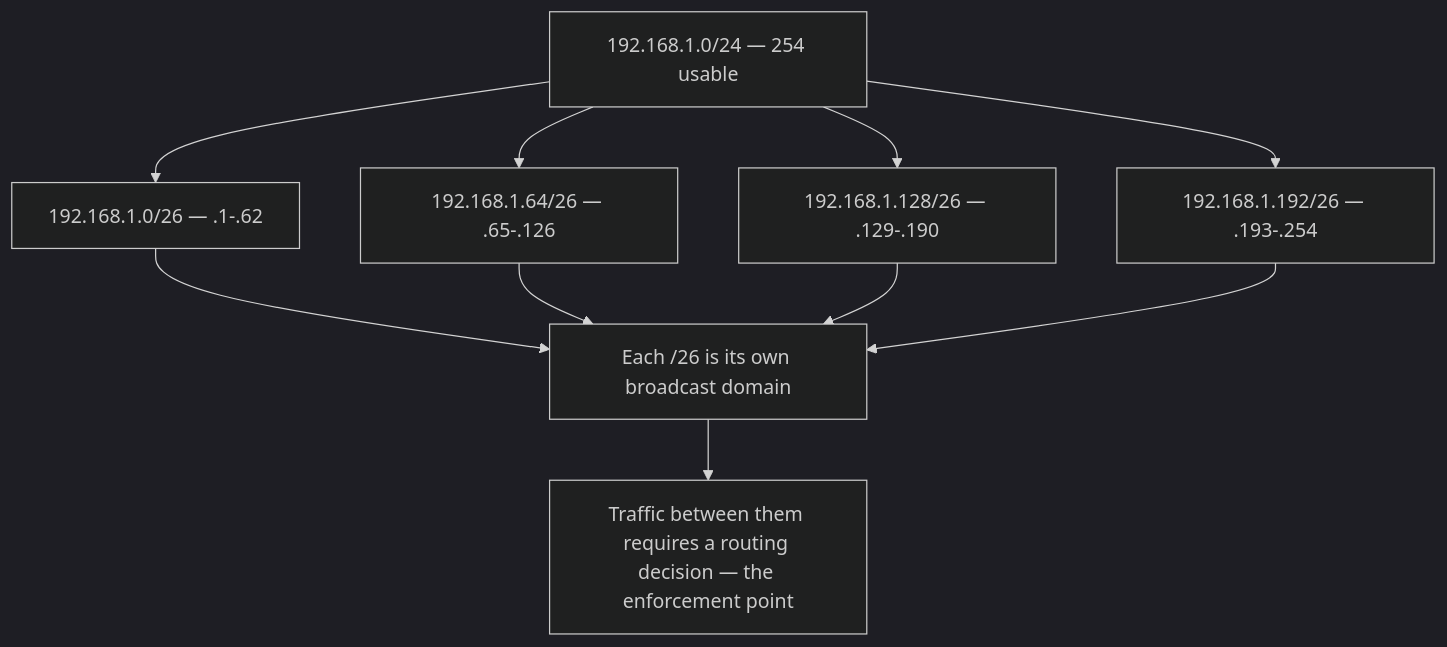
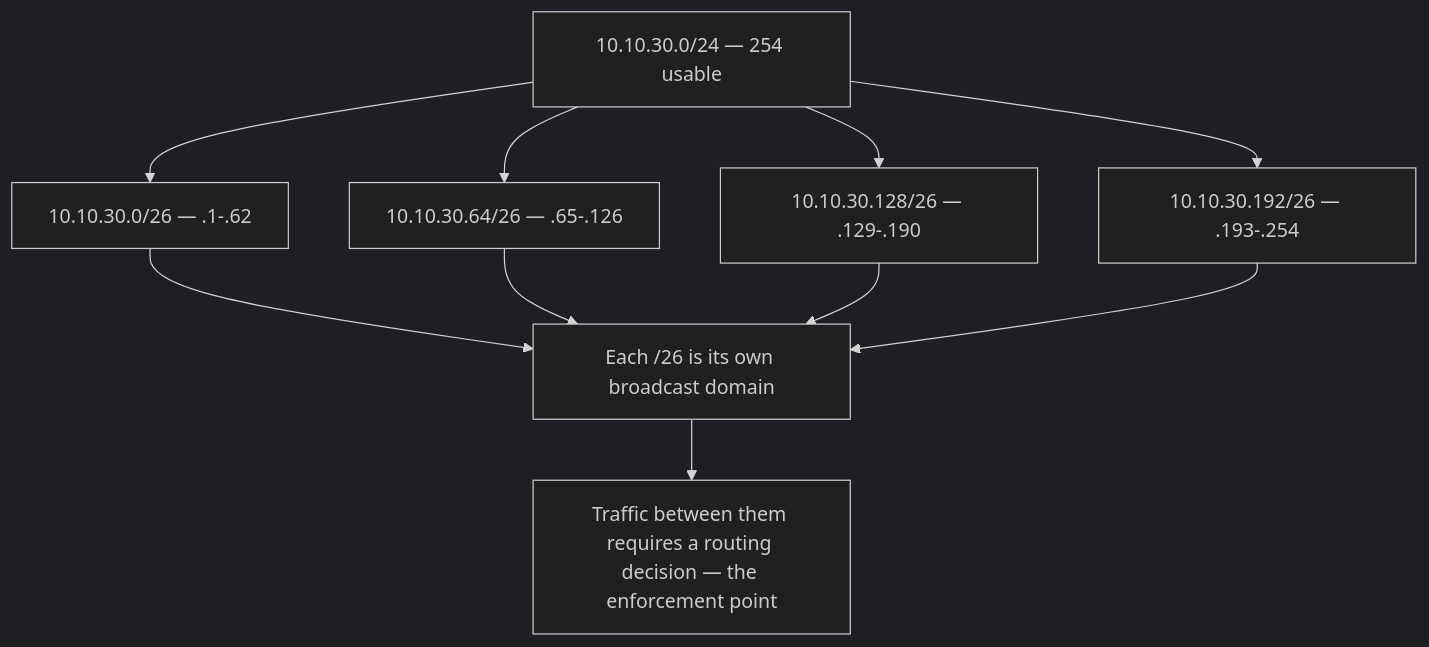
One commit to nnr-root/cybersec-crook2root-notes changed the diagram in Networking/Addressing & Subnetting/Subnetting & CIDR.md. Above: the diagram before and after it, drawn with Mermaid (dark theme). The commit also changed other lines of this file and 6 other files, not shown here.

````diff
--- a/Networking/Addressing & Subnetting/Subnetting & CIDR.md
+++ b/Networking/Addressing & Subnetting/Subnetting & CIDR.md
@@ -123,13 +125,13 @@
 ```mermaid
 flowchart TB
-    A["192.168.1.0/24 — 254 usable"]
-    A --> B["192.168.1.0/26 — .1-.62"]
-    A --> C["192.168.1.64/26 — .65-.126"]
-    A --> D["192.168.1.128/26 — .129-.190"]
-    A --> E["192.168.1.192/26 — .193-.254"]
+    A["10.10.30.0/24 — 254 usable"]
+    A --> B["10.10.30.0/26 — .1-.62"]
+    A --> C["10.10.30.64/26 — .65-.126"]
+    A --> D["10.10.30.128/26 — .129-.190"]
+    A --> E["10.10.30.192/26 — .193-.254"]
     B --> F["Each /26 is its own broadcast domain"]
     C --> F
     D --> F
     E --> F
     F --> G["Traffic between them requires a routing decision — the enforcement point"]
 ```
````
